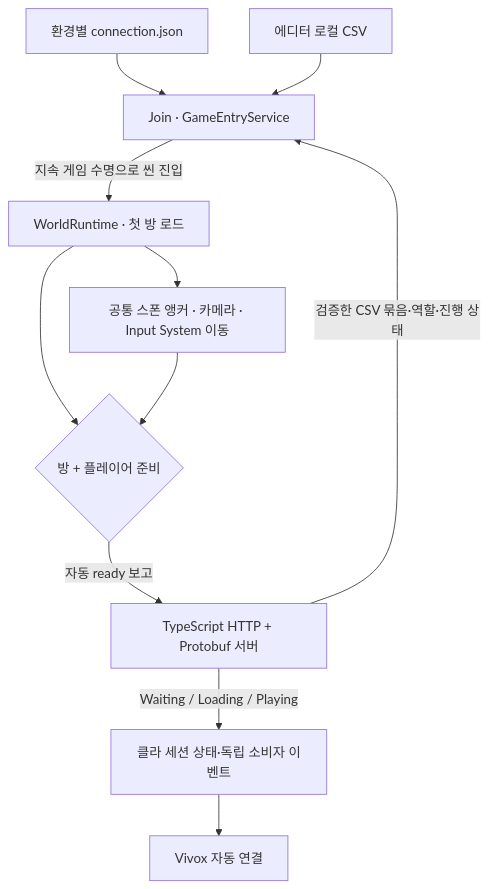
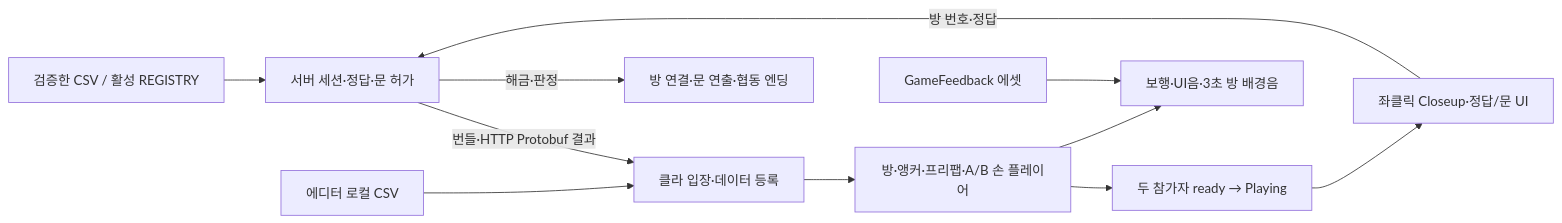
Before and after one commit to needAction/TSC_REST: the diagram in docs/project-overview/README.md, drawn with Mermaid. The commit also changed other lines of this file and 9 other files, not shown here.

Commit message:
CSV 데이터 처리 수정

````diff
--- a/docs/project-overview/README.md
+++ b/docs/project-overview/README.md
@@ -9,13 +7,13 @@
 ```mermaid
-flowchart TB
-    CFG[환경별 connection.json] --> ENTRY[Join · GameEntryService]
-    SERVER[TypeScript HTTP + Protobuf 서버] -->|검증한 CSV 묶음·역할·진행 상태| ENTRY
+flowchart LR
+    CSV[검증한 CSV / 활성 REGISTRY] --> SERVER[서버 세션·정답·문 허가]
+    SERVER -->|번들·HTTP Protobuf 결과| ENTRY[클라 입장·데이터 등록]
     LOCAL[에디터 로컬 CSV] --> ENTRY
-    ENTRY -->|지속 게임 수명으로 씬 진입| WORLD[WorldRuntime · 첫 방 로드]
-    WORLD --> PLAYER[공통 스폰 앵커 · 카메라 · Input System 이동]
-    WORLD --> READY{방 + 플레이어 준비}
-    PLAYER --> READY
-    READY -->|자동 ready 보고| SERVER
-    SERVER -->|Waiting / Loading / Playing| SESSION[클라 세션 상태·독립 소비자 이벤트]
-    SESSION --> VOICE[Vivox 자동 연결]
+    ENTRY --> WORLD[방·앵커·프리팹·A/B 손 플레이어]
+    WORLD --> READY[두 참가자 ready → Playing]
+    READY --> UI[좌클릭 Closeup·정답/문 UI]
+    UI -->|방 번호·정답| SERVER
+    SERVER -->|해금·판정| FX[방 연결·문 연출·협동 엔딩]
+    CONFIG[GameFeedback 에셋] --> AUDIO[보행·UI음·3초 방 배경음]
+    WORLD --> AUDIO
 ```
````
